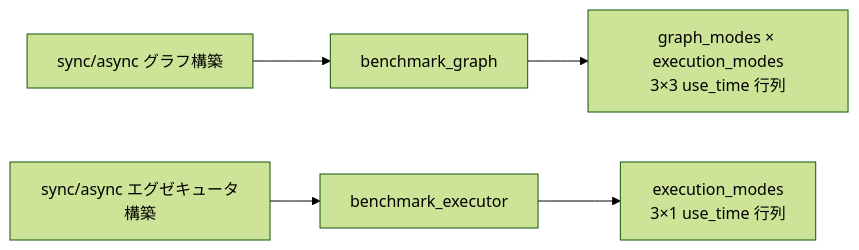
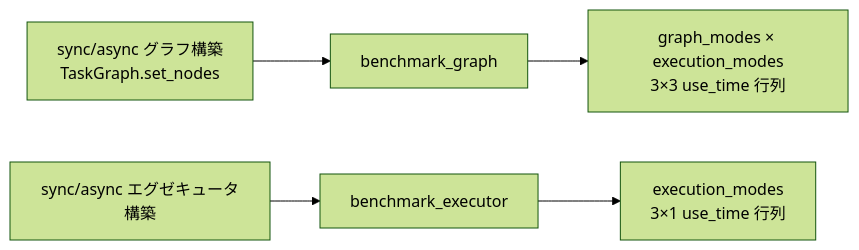
The diagram in docs/ja/tests/benchmark/test_benchmark.md (Mr-xiaotian/CelestialFlow), drawn with Mermaid (forest theme) before and after one commit. The commit also changed other lines of this file and 181 other files, not shown here.

````diff
--- a/docs/ja/tests/benchmark/test_benchmark.md
+++ b/docs/ja/tests/benchmark/test_benchmark.md
@@ -41,8 +43,8 @@
 ```mermaid
 flowchart LR
-    A[sync/async グラフ構築] --> B[benchmark_graph]
+    A[sync/async グラフ構築<br/>TaskGraph.set_nodes] --> B[benchmark_graph]
     B --> C["graph_modes × execution_modes<br/>3×3 use_time 行列"]
 
     D[sync/async エグゼキュータ構築] --> E[benchmark_executor]
     E --> F["execution_modes<br/>3×1 use_time 行列"]
 ```
````
